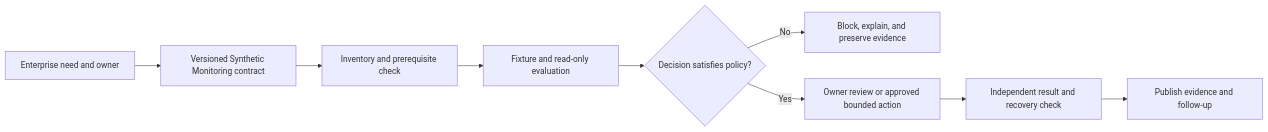
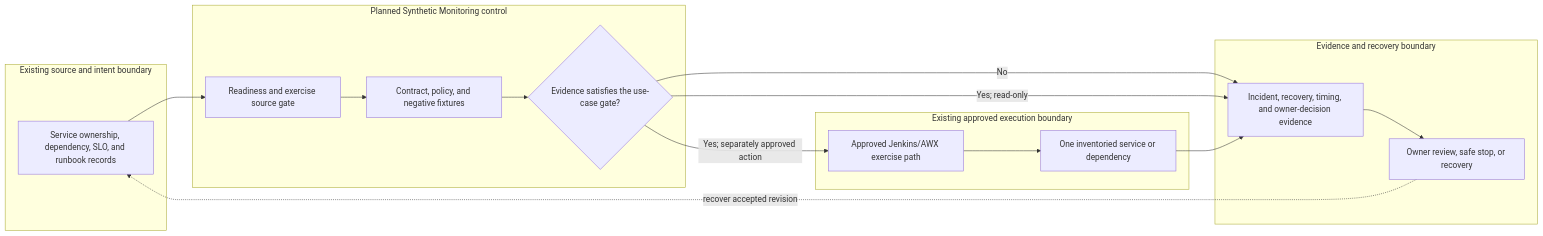
The diagram in docs/use-cases/resilience/UC-RSO-011-synthetic-monitoring.md (MIDHTECH/enterprise-architecture-docs), drawn with Mermaid before and after one commit. The commit also changed other lines of this file and 227 other files, not shown here.

Commit message:
Deepen architecture for all use case designs

````diff
--- a/docs/use-cases/resilience/UC-RSO-011-synthetic-monitoring.md
+++ b/docs/use-cases/resilience/UC-RSO-011-synthetic-monitoring.md
@@ -136,11 +129,25 @@
 ```mermaid
 flowchart LR
-    Need["Enterprise need and owner"] --> Contract["Versioned Synthetic Monitoring contract"]
-    Contract --> Preflight["Inventory and prerequisite check"]
-    Preflight --> Evaluate["Fixture and read-only evaluation"]
-    Evaluate --> Decision{"Decision satisfies policy?"}
-    Decision -->|No| Stop["Block, explain, and preserve evidence"]
-    Decision -->|Yes| Review["Owner review or approved bounded action"]
-    Review --> Verify["Independent result and recovery check"]
-    Verify --> Publish["Publish evidence and follow-up"]
+    subgraph Source["Existing source and intent boundary"]
+        A["Service ownership, dependency, SLO, and runbook records"]
+    end
+    subgraph Planned["Planned Synthetic Monitoring control"]
+        B["Readiness and exercise source gate"]
+        C["Contract, policy, and negative fixtures"]
+        D{"Evidence satisfies the use-case gate?"}
+    end
+    subgraph Runtime["Existing approved execution boundary"]
+        E["Approved Jenkins/AWX exercise path"]
+        F["One inventoried service or dependency"]
+    end
+    subgraph Assurance["Evidence and recovery boundary"]
+        G["Incident, recovery, timing, and owner-decision evidence"]
+        H["Owner review, safe stop, or recovery"]
+    end
+
+    A --> B --> C --> D
+    D -->|No| G --> H
+    D -->|Yes; read-only| G
+    D -->|Yes; separately approved action| E --> F --> G
+    H -. recover accepted revision .-> A
 ```
````
